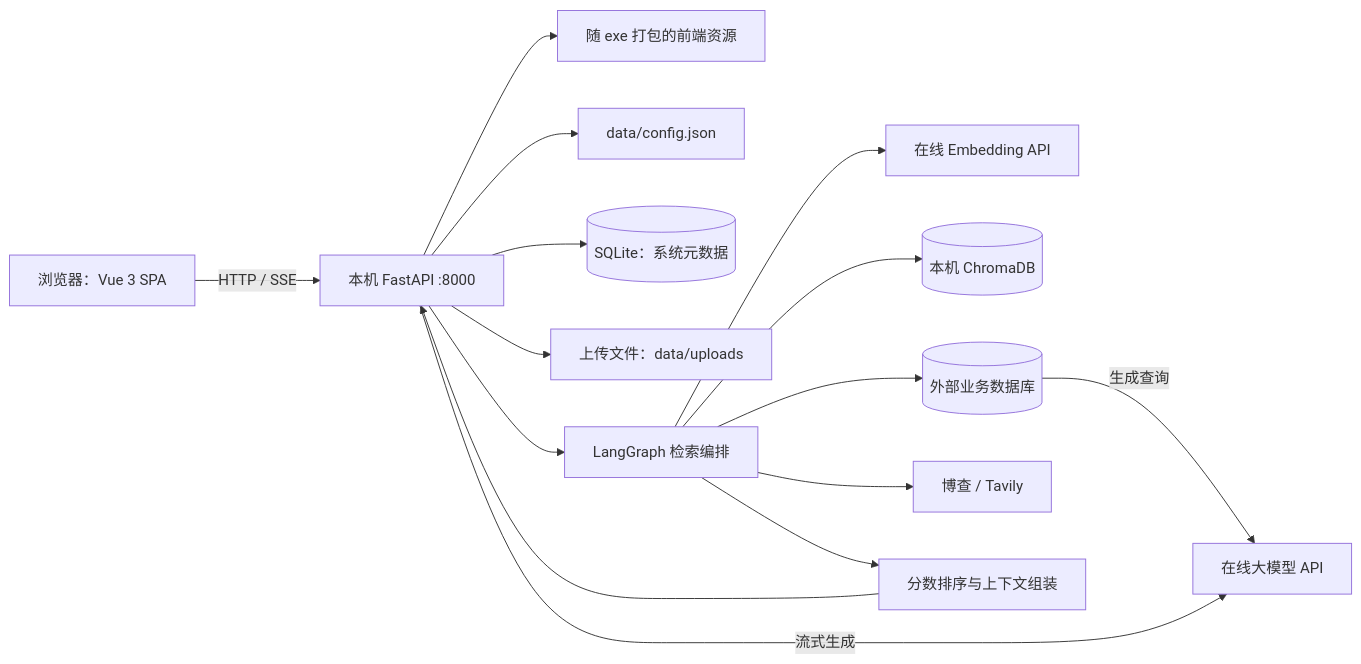
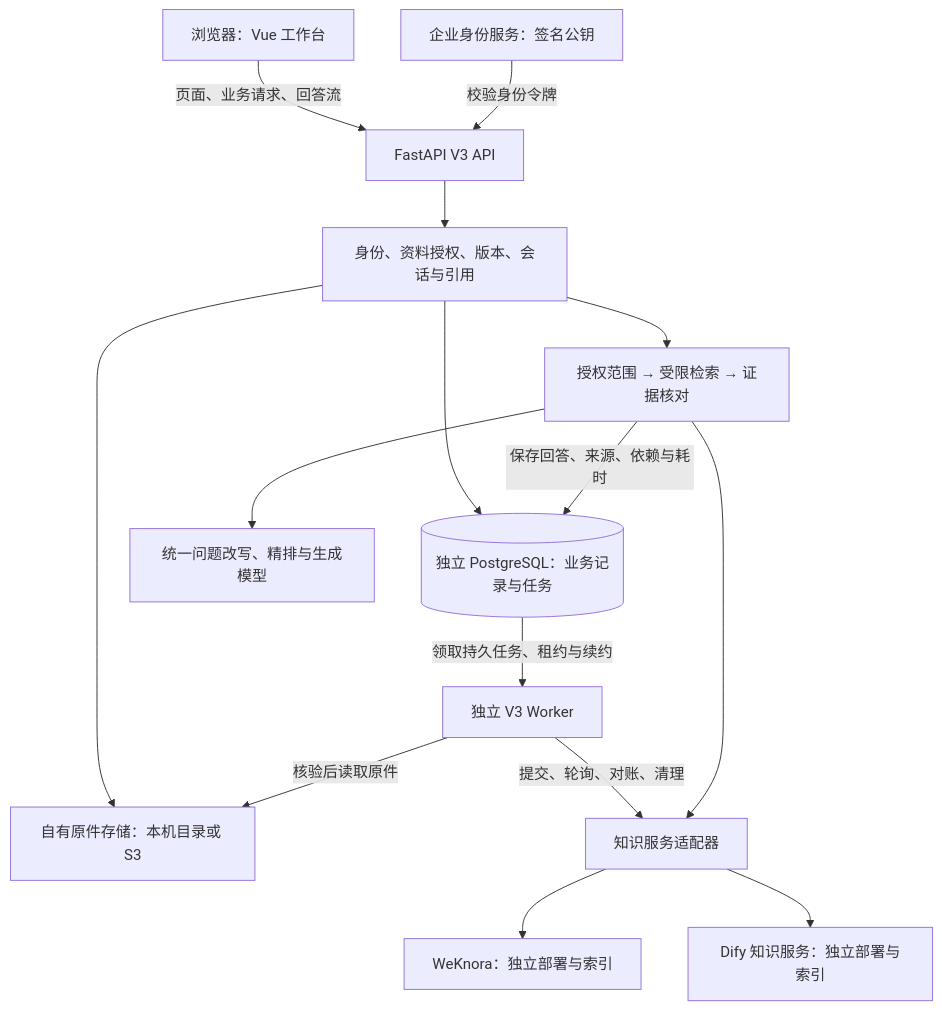
The first of 3 diagrams in README.md (tomkluas/EnterpriseRag), drawn with Mermaid before and after one commit. The commit also changed other lines of this file and 254 other files, not shown here.

````diff
--- a/README.md
+++ b/README.md
@@ -99,17 +70,17 @@
 ```mermaid
-flowchart LR
-    Browser[浏览器：Vue 3 SPA] -->|HTTP / SSE| API[本机 FastAPI :8000]
-    API --> Static[随 exe 打包的前端资源]
-    API --> Config[data/config.json]
-    API --> SQLite[(SQLite：系统元数据)]
-    API --> Uploads[上传文件：data/uploads]
-    API --> Graph[LangGraph 检索编排]
-    Graph --> Embedding[在线 Embedding API]
-    Graph --> Chroma[(本机 ChromaDB)]
-    Graph --> DB[(外部业务数据库)]
-    Graph --> Search[博查 / Tavily]
-    Graph --> Context[分数排序与上下文组装]
-    DB -->|生成查询| LLM[在线大模型 API]
-    Context --> API
-    API -->|流式生成| LLM
+flowchart TD
+    Browser[浏览器：Vue 工作台] -->|页面、业务请求、回答流| API[FastAPI V3 API]
+    Identity[企业身份服务：签名公钥] -->|校验身份令牌| API
+    API --> Domain[身份、资料授权、版本、会话与引用]
+    Domain --> DB[(独立 PostgreSQL：业务记录与任务)]
+    Domain --> Originals[自有原件存储：本机目录或 S3]
+    DB -->|领取持久任务、租约与续约| Worker[独立 V3 Worker]
+    Worker -->|核验后读取原件| Originals
+    Worker -->|提交、轮询、对账、清理| Adapters[知识服务适配器]
+    Domain --> Chat[授权范围 → 受限检索 → 证据核对]
+    Chat --> Adapters
+    Adapters --> WK[WeKnora：独立部署与索引]
+    Adapters --> Dify[Dify 知识服务：独立部署与索引]
+    Chat --> Models[统一问题改写、精排与生成模型]
+    Chat -->|保存回答、来源、依赖与耗时| DB
 ```
````
